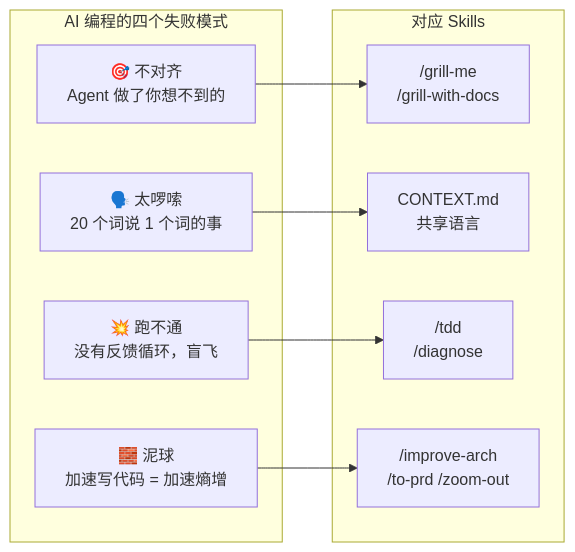
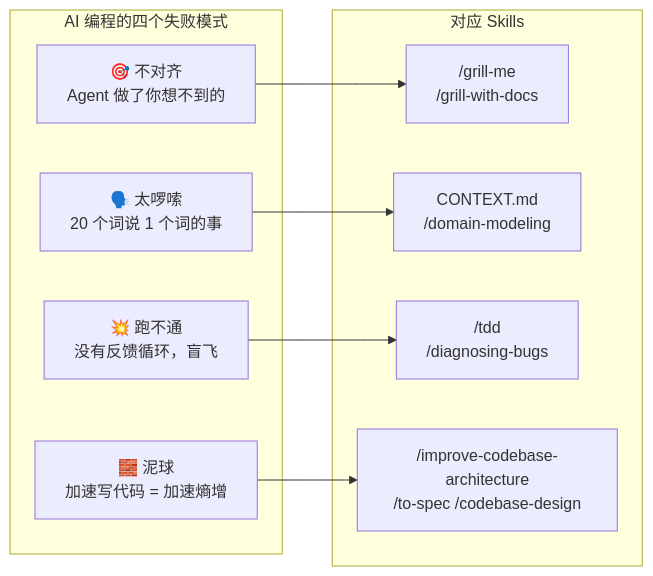
Before and after one commit to ALVIN-YANG/ylq-box: the first of 4 diagrams in src/content/docs/ai-workflow/11-mattpocock-skills-deep-dive.md, drawn with Mermaid. The commit also changed other lines of this file and 1 other file, not shown here.

````diff
--- a/src/content/docs/ai-workflow/11-mattpocock-skills-deep-dive.md
+++ b/src/content/docs/ai-workflow/11-mattpocock-skills-deep-dive.md
@@ -25,21 +25,21 @@
 ```mermaid
 flowchart LR
     subgraph Problems["AI 编程的四个失败模式"]
         P1["🎯 不对齐<br/>Agent 做了你想不到的"]
         P2["🗣️ 太啰嗦<br/>20 个词说 1 个词的事"]
         P3["💥 跑不通<br/>没有反馈循环，盲飞"]
         P4["🧱 泥球<br/>加速写代码 = 加速熵增"]
     end
 
     subgraph Skills["对应 Skills"]
         S1["/grill-me<br/>/grill-with-docs"]
-        S2["CONTEXT.md<br/>共享语言"]
-        S3["/tdd<br/>/diagnose"]
-        S4["/improve-arch<br/>/to-prd /zoom-out"]
+        S2["CONTEXT.md<br/>/domain-modeling"]
+        S3["/tdd<br/>/diagnosing-bugs"]
+        S4["/improve-codebase-architecture<br/>/to-spec /codebase-design"]
     end
 
     P1 --> S1
     P2 --> S2
     P3 --> S3
     P4 --> S4
 ```
````
